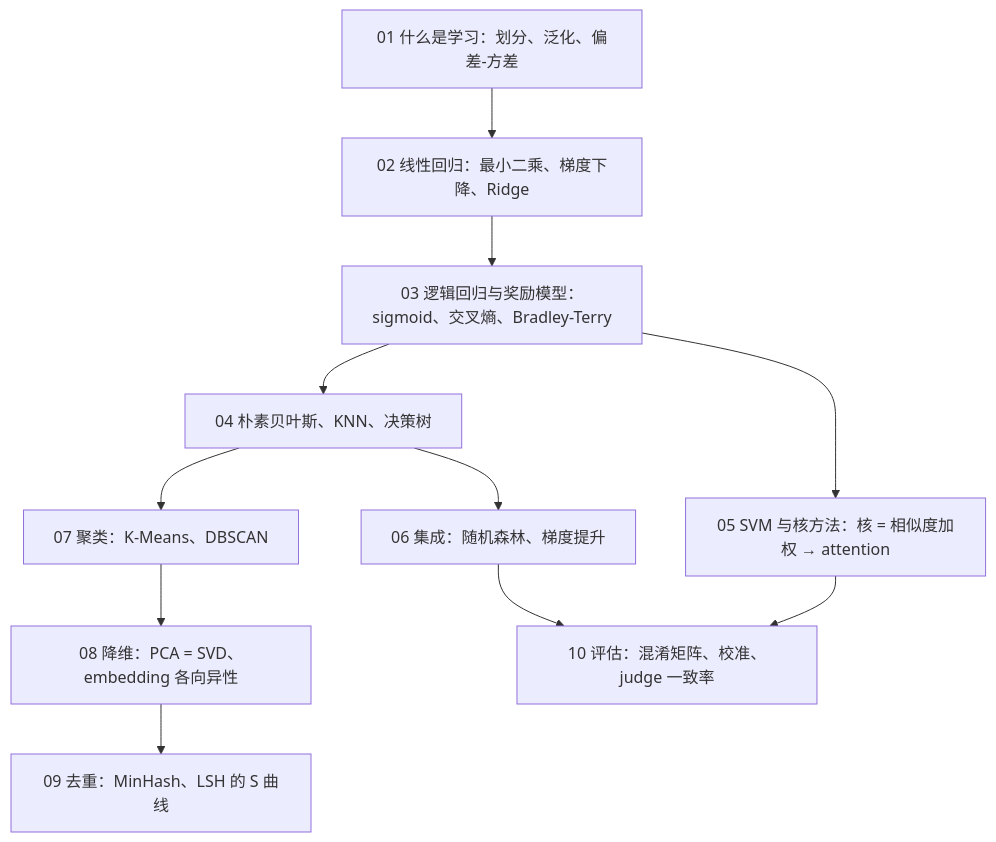
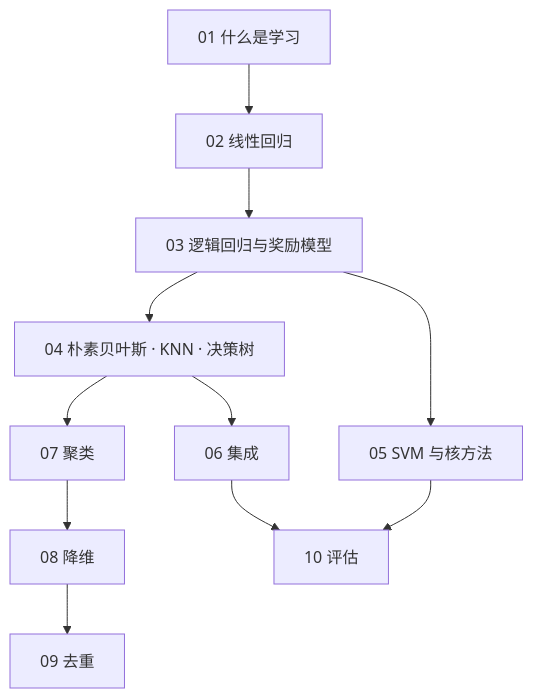
Before and after one commit to arganzheng/arganzheng.github.com: the diagram in slides/2026-03-09-classical-ml.md, drawn with Mermaid. The commit also changed other lines of this file, not shown here.

Commit message:
slides(2026-03-09-classical-ml): 图内文字 ≥14px——标签缩短/拆分/Unicode 数学

````diff
--- a/slides/2026-03-09-classical-ml.md
+++ b/slides/2026-03-09-classical-ml.md
@@ -36,13 +36,13 @@
 ```mermaid
 %%{init: {"flowchart": {"wrappingWidth": 240}}}%%
 flowchart TB
-    L1["01 什么是学习：划分、泛化、偏差-方差"] --> L2["02 线性回归：最小二乘、梯度下降、Ridge"]
-    L2 --> L3["03 逻辑回归与奖励模型：sigmoid、交叉熵、Bradley-Terry"]
-    L3 --> L4["04 朴素贝叶斯、KNN、决策树"]
-    L3 --> L5["05 SVM 与核方法：核 = 相似度加权 → attention"]
-    L4 --> L6["06 集成：随机森林、梯度提升"]
-    L4 --> L7["07 聚类：K-Means、DBSCAN"]
-    L7 --> L8["08 降维：PCA = SVD、embedding 各向异性"]
-    L8 --> L9["09 去重：MinHash、LSH 的 S 曲线"]
-    L6 & L5 --> L10["10 评估：混淆矩阵、校准、judge 一致率"]
+    L1["01 什么是学习"] --> L2["02 线性回归"]
+    L2 --> L3["03 逻辑回归与奖励模型"]
+    L3 --> L4["04 朴素贝叶斯 · KNN · 决策树"]
+    L3 --> L5["05 SVM 与核方法"]
+    L4 --> L6["06 集成"]
+    L4 --> L7["07 聚类"]
+    L7 --> L8["08 降维"]
+    L8 --> L9["09 去重"]
+    L6 & L5 --> L10["10 评估"]
 ```
````
